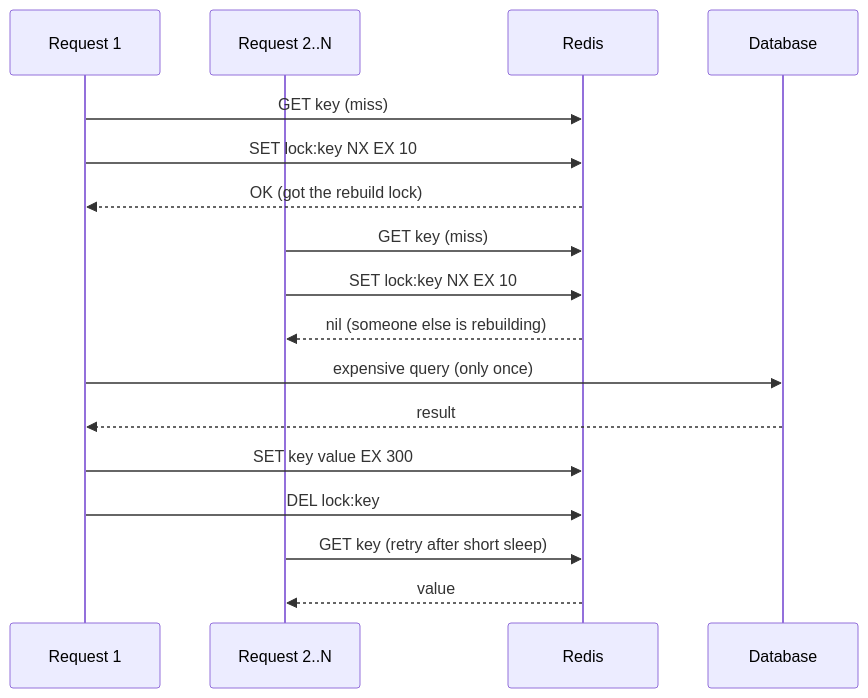
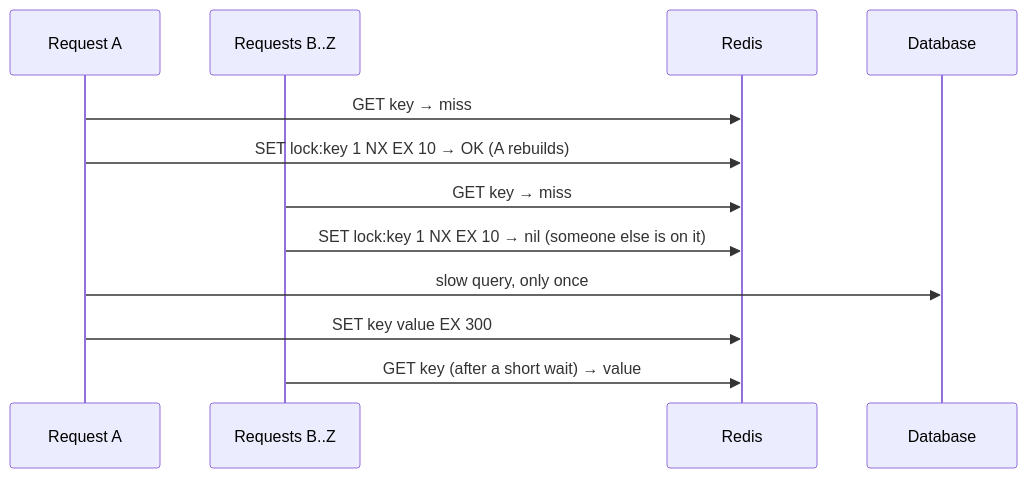
One commit to selvakumarperumal/Regulatory_Circular_Impact_Agent changed the fifth of 30 diagrams in redis.md. Above: the diagram before and after it, drawn with Mermaid. The commit also changed other lines of this file, not shown here.

````diff
--- a/redis.md
+++ b/redis.md
@@ -424,19 +632,14 @@
 ```mermaid
 sequenceDiagram
-    participant R1 as Request 1
-    participant R2 as Request 2..N
+    participant A as Request A
+    participant B as Requests B..Z
     participant Redis
     participant DB as Database
-    R1->>Redis: GET key (miss)
-    R1->>Redis: SET lock:key NX EX 10
-    Redis-->>R1: OK (got the rebuild lock)
-    R2->>Redis: GET key (miss)
-    R2->>Redis: SET lock:key NX EX 10
-    Redis-->>R2: nil (someone else is rebuilding)
-    R1->>DB: expensive query (only once)
-    DB-->>R1: result
-    R1->>Redis: SET key value EX 300
-    R1->>Redis: DEL lock:key
-    R2->>Redis: GET key (retry after short sleep)
-    Redis-->>R2: value
+    A->>Redis: GET key → miss
+    A->>Redis: SET lock:key 1 NX EX 10 → OK (A rebuilds)
+    B->>Redis: GET key → miss
+    B->>Redis: SET lock:key 1 NX EX 10 → nil (someone else is on it)
+    A->>DB: slow query, only once
+    A->>Redis: SET key value EX 300
+    B->>Redis: GET key (after a short wait) → value
 ```
````
